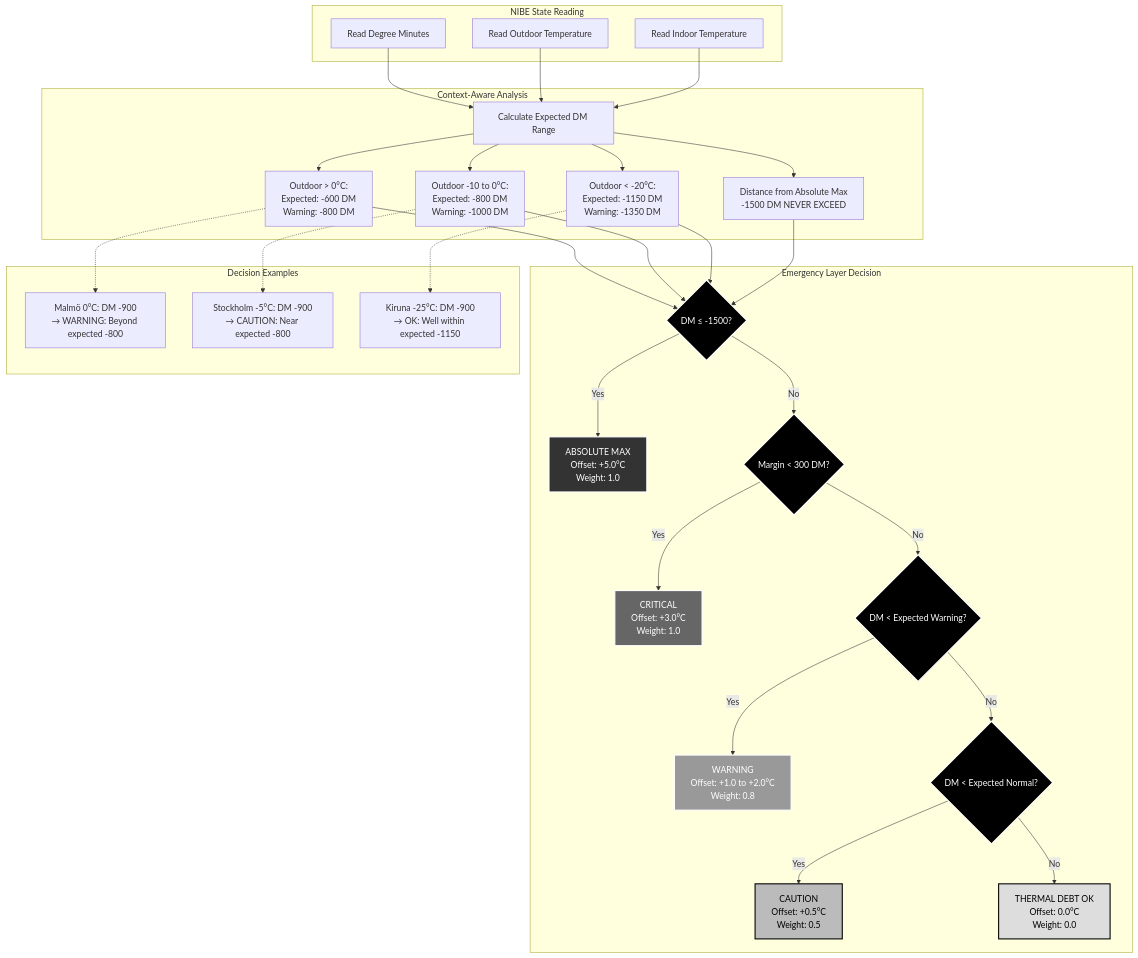
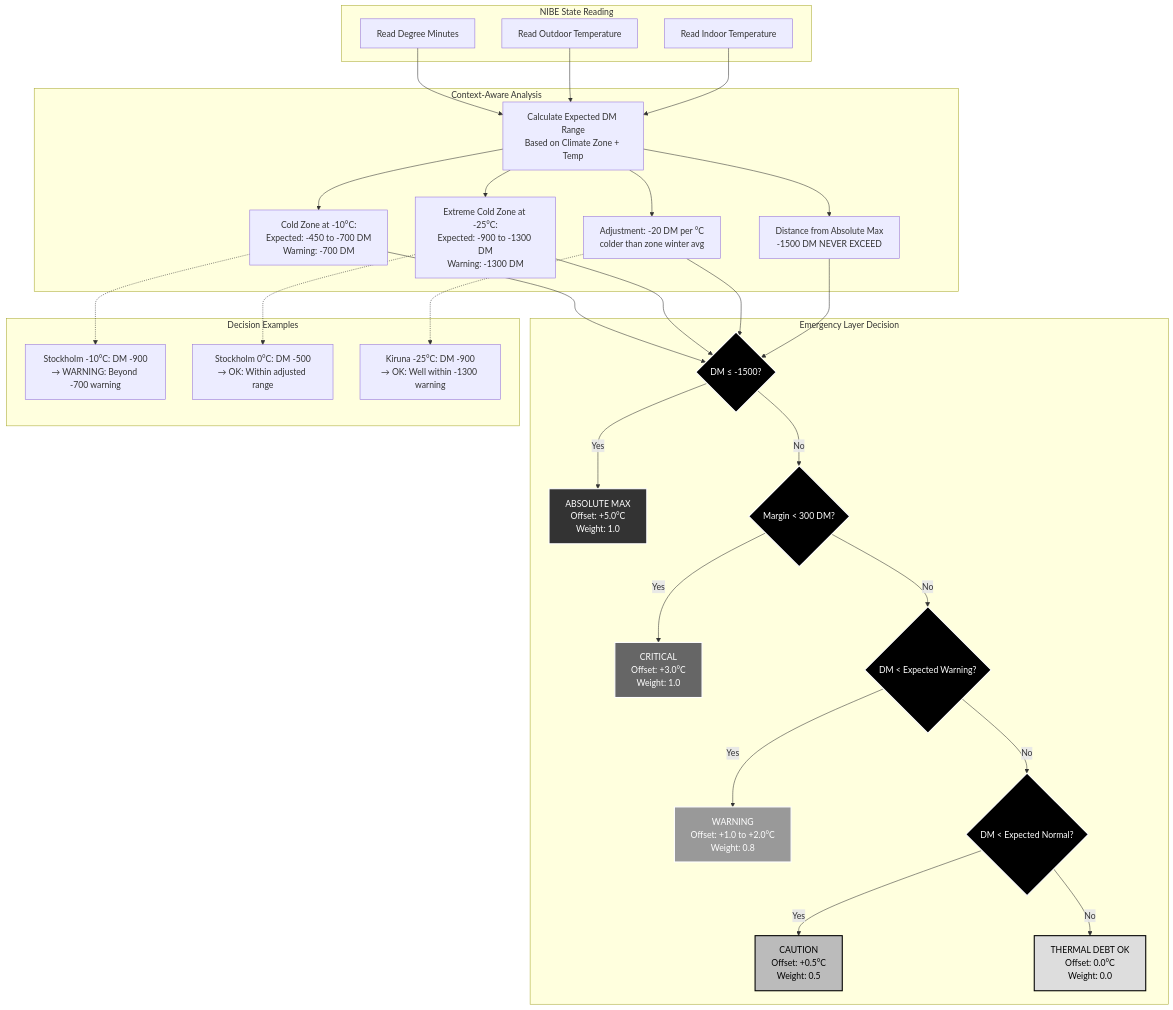
Before and after one commit to enoch85/EffektGuard: the diagram in docs/architecture/02_emergency_thermal_debt.md, drawn with Mermaid. The commit also changed other lines of this file and 6 other files, not shown here.

First line of the commit message:
Refine climate zone definitions and thresholds in documentation

````diff
--- a/docs/architecture/02_emergency_thermal_debt.md
+++ b/docs/architecture/02_emergency_thermal_debt.md
@@ -5,78 +5,78 @@
 ```mermaid
 flowchart TD
     subgraph "NIBE State Reading"
         A[Read Degree Minutes]
         B[Read Outdoor Temperature]
         C[Read Indoor Temperature]
     end
 
     subgraph "Context-Aware Analysis"
-        D[Calculate Expected DM Range]
-        E[Outdoor > 0°C:<br/>Expected: -600 DM<br/>Warning: -800 DM]
-        F[Outdoor -10 to 0°C:<br/>Expected: -800 DM<br/>Warning: -1000 DM]
-        G[Outdoor < -20°C:<br/>Expected: -1150 DM<br/>Warning: -1350 DM]
+        D[Calculate Expected DM Range<br/>Based on Climate Zone + Temp]
+        E[Cold Zone at -10°C:<br/>Expected: -450 to -700 DM<br/>Warning: -700 DM]
+        F[Extreme Cold Zone at -25°C:<br/>Expected: -900 to -1300 DM<br/>Warning: -1300 DM]
+        G[Adjustment: -20 DM per °C<br/>colder than zone winter avg]
         H[Distance from Absolute Max<br/>-1500 DM NEVER EXCEED]
     end
 
     subgraph "Emergency Layer Decision"
         I{DM ≤ -1500?}
         J[ABSOLUTE MAX<br/>Offset: +5.0°C<br/>Weight: 1.0]
         
         K{Margin < 300 DM?}
         L[CRITICAL<br/>Offset: +3.0°C<br/>Weight: 1.0]
         
         M{DM < Expected Warning?}
         N[WARNING<br/>Offset: +1.0 to +2.0°C<br/>Weight: 0.8]
         
         O{DM < Expected Normal?}
         P[CAUTION<br/>Offset: +0.5°C<br/>Weight: 0.5]
         
         Q[THERMAL DEBT OK<br/>Offset: 0.0°C<br/>Weight: 0.0]
     end
 
     subgraph "Decision Examples"
-        R[Malmö 0°C: DM -900<br/>→ WARNING: Beyond expected -800]
-        S[Stockholm -5°C: DM -900<br/>→ CAUTION: Near expected -800]  
-        T[Kiruna -25°C: DM -900<br/>→ OK: Well within expected -1150]
+        R[Stockholm -10°C: DM -900<br/>→ WARNING: Beyond -700 warning]
+        S[Stockholm 0°C: DM -500<br/>→ OK: Within adjusted range]  
+        T[Kiruna -25°C: DM -900<br/>→ OK: Well within -1300 warning]
     end
 
     %% Flow
     A --> D
     B --> D
     C --> D
     D --> E
     D --> F
     D --> G
     D --> H
     
     E --> I
     F --> I
     G --> I
     H --> I
     
     I -->|Yes| J
     I -->|No| K
     K -->|Yes| L
     K -->|No| M
     M -->|Yes| N
     M -->|No| O
     O -->|Yes| P
     O -->|No| Q
 
     %% Examples
     E -.-> R
     F -.-> S
     G -.-> T
 
     %% Styling
     style I fill:#000,stroke:#fff,stroke-width:2px,color:#fff
     style K fill:#000,stroke:#fff,stroke-width:2px,color:#fff
     style M fill:#000,stroke:#fff,stroke-width:2px,color:#fff
     style O fill:#000,stroke:#fff,stroke-width:2px,color:#fff
     
     style J fill:#333,stroke:#fff,stroke-width:2px,color:#fff
     style L fill:#666,stroke:#fff,stroke-width:2px,color:#fff
     style N fill:#999,stroke:#fff,stroke-width:2px,color:#fff
     style P fill:#bbb,stroke:#000,stroke-width:2px,color:#000
     style Q fill:#ddd,stroke:#000,stroke-width:2px,color:#000
 ```
````
